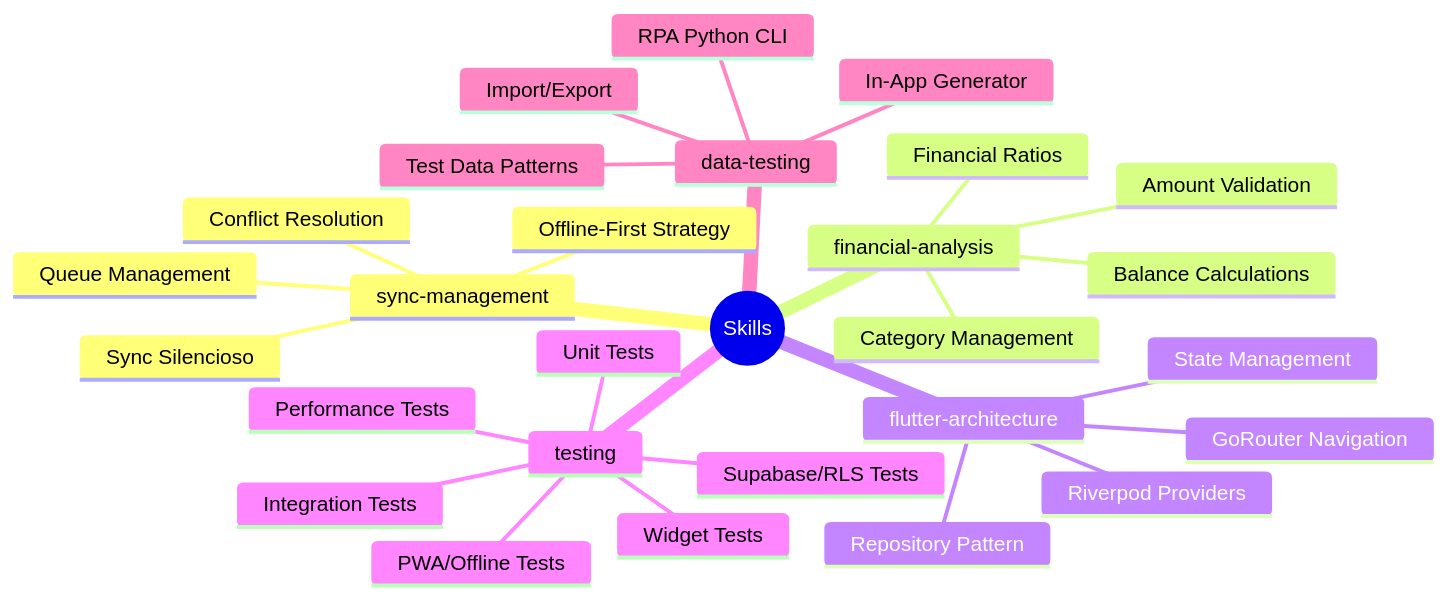
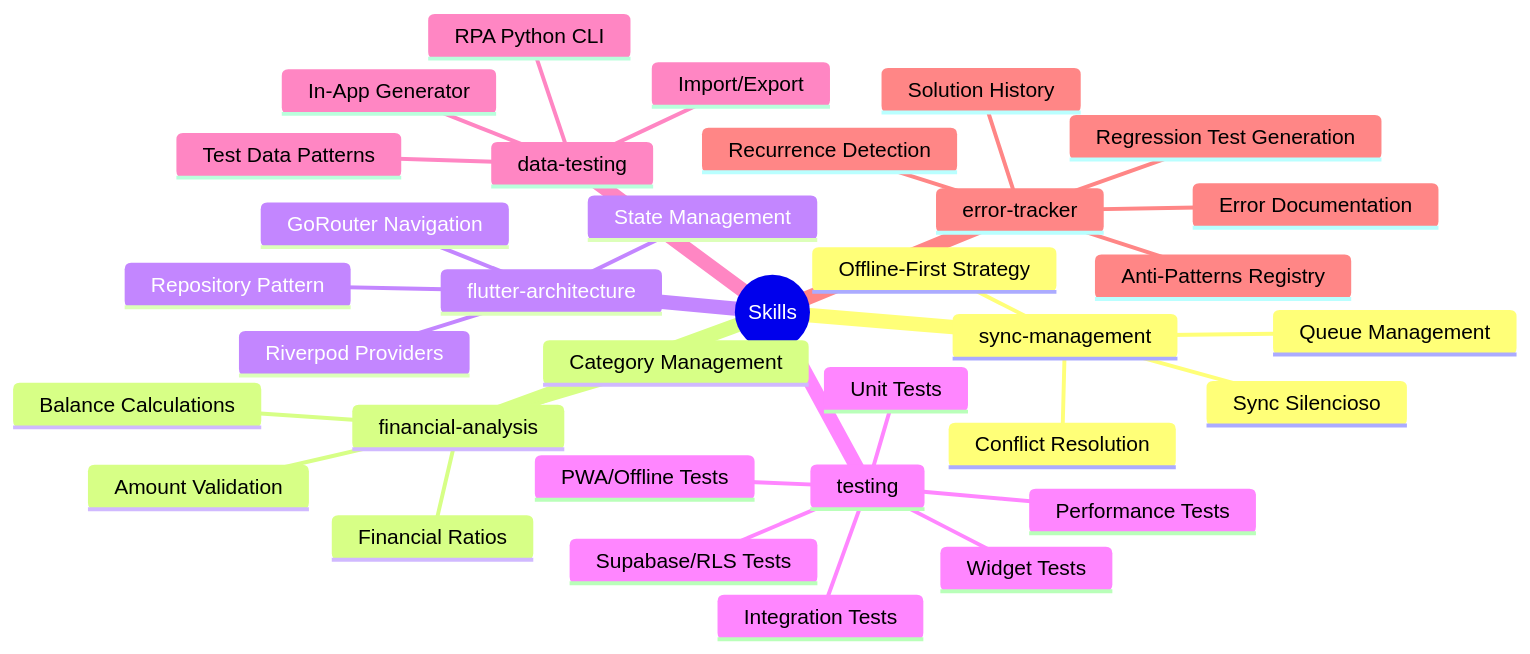
One commit to alvaretto/finanzasfamilia changed diagram 13 of 14 in docs/CLAUDE_WORKFLOW.md. Above: the diagram before and after it, drawn with Mermaid. The commit also changed other lines of this file and 3 other files, not shown here.

First line of the commit message:
docs: actualizar documentación con sistema de error-tracker

````diff
--- a/docs/CLAUDE_WORKFLOW.md
+++ b/docs/CLAUDE_WORKFLOW.md
@@ -412,31 +599,37 @@
 ```mermaid
 mindmap
     root((Skills))
         sync-management
             Offline-First Strategy
             Sync Silencioso
             Conflict Resolution
             Queue Management
         financial-analysis
             Balance Calculations
             Financial Ratios
             Category Management
             Amount Validation
         flutter-architecture
             Repository Pattern
             Riverpod Providers
             GoRouter Navigation
             State Management
         testing
             Unit Tests
             Widget Tests
             Integration Tests
             PWA/Offline Tests
             Supabase/RLS Tests
             Performance Tests
         data-testing
             In-App Generator
             RPA Python CLI
             Test Data Patterns
             Import/Export
+        error-tracker
+            Error Documentation
+            Anti-Patterns Registry
+            Recurrence Detection
+            Regression Test Generation
+            Solution History
 ```
````
